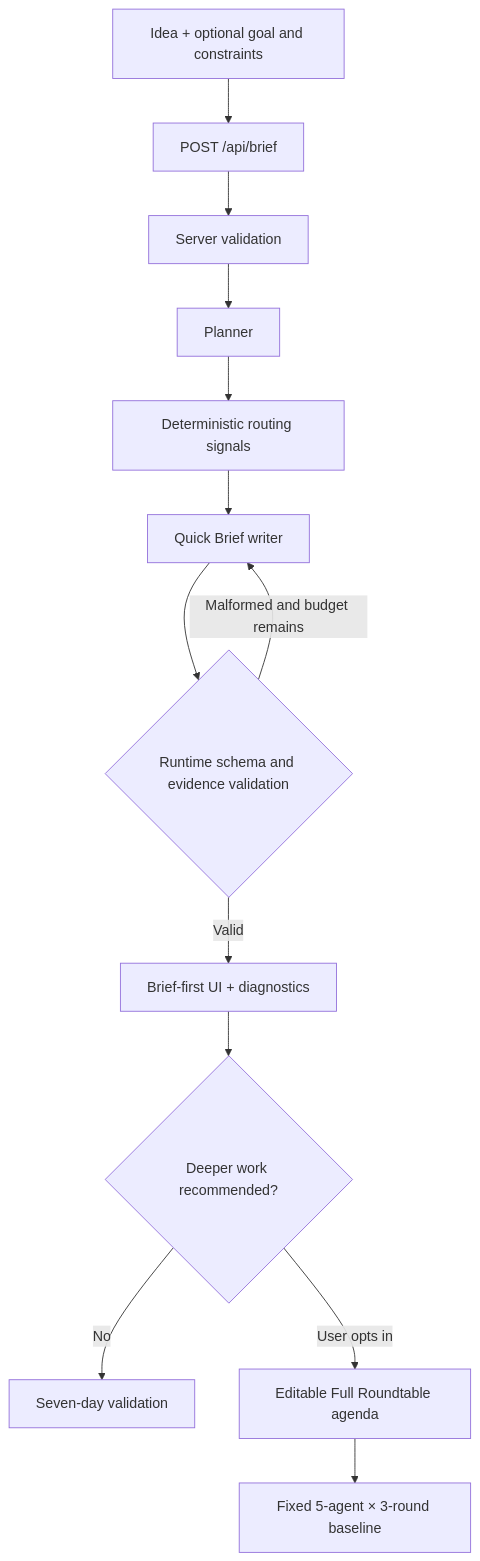
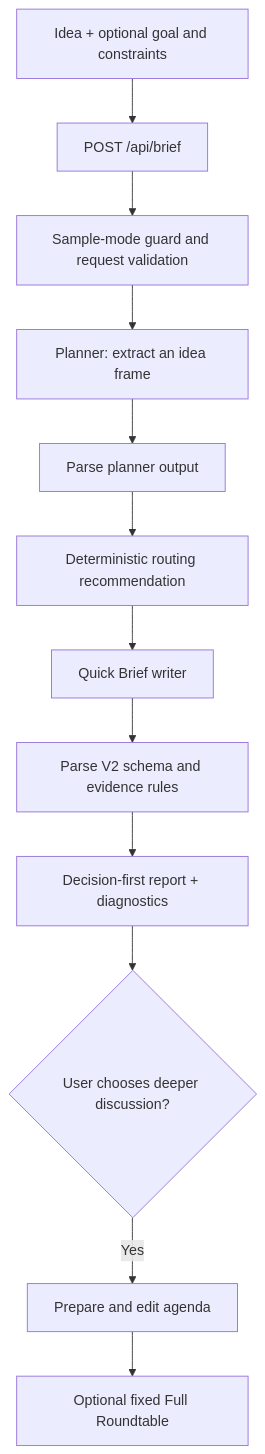
Before and after one commit to 96528025/ai-roundtable: the diagram in README.md, drawn with Mermaid. The commit also changed other lines of this file, not shown here.

Commit message:
docs: explain current implementation and evidence for portfolio readers

````diff
--- a/README.md
+++ b/README.md
@@ -56,15 +40,14 @@
 ```mermaid
 flowchart TD
-    A["Idea + optional goal and constraints"] --> B["POST /api/brief"]
-    B --> C["Server validation"]
-    C --> D["Planner"]
-    D --> E["Deterministic routing signals"]
-    E --> F["Quick Brief writer"]
-    F --> G{"Runtime schema and evidence validation"}
-    G -->|Valid| H["Brief-first UI + diagnostics"]
-    G -->|Malformed and budget remains| F
-    H --> I{"Deeper work recommended?"}
-    I -->|No| J["Seven-day validation"]
-    I -->|User opts in| K["Editable Full Roundtable agenda"]
-    K --> L["Fixed 5-agent × 3-round baseline"]
+    U[Idea + optional goal and constraints] --> API[POST /api/brief]
+    API --> Guard[Sample-mode guard and request validation]
+    Guard --> Planner[Planner: extract an idea frame]
+    Planner --> Validate[Parse planner output]
+    Validate --> Route[Deterministic routing recommendation]
+    Route --> Writer[Quick Brief writer]
+    Writer --> Contract[Parse V2 schema and evidence rules]
+    Contract --> UI[Decision-first report + diagnostics]
+    UI --> Opt{User chooses deeper discussion?}
+    Opt -->|Yes| Agenda[Prepare and edit agenda]
+    Agenda --> Full[Optional fixed Full Roundtable]
 ```
````
